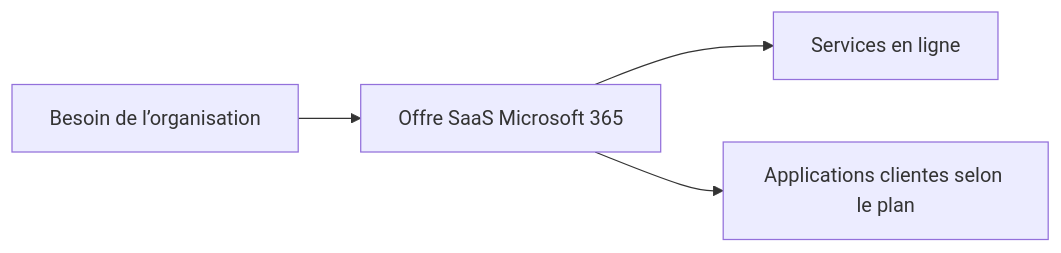
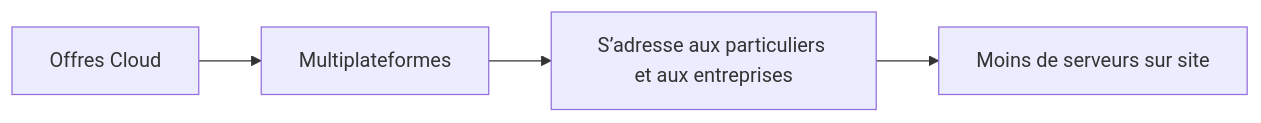
Before and after one commit to sk34pk25/tssr-cours: the second of 4 diagrams in docs/modules/03-microsoft-365-outils-collaboratifs/module-01-decouverte-de-microsoft-365.md, drawn with Mermaid. The commit also changed other lines of this file and 4 other files, not shown here.

````diff
--- a/docs/modules/03-microsoft-365-outils-collaboratifs/module-01-decouverte-de-microsoft-365.md
+++ b/docs/modules/03-microsoft-365-outils-collaboratifs/module-01-decouverte-de-microsoft-365.md
@@ -26,6 +77,10 @@
 ```mermaid
 flowchart LR
-    A["Besoin de l’organisation"] --> B["Offre SaaS Microsoft 365"]
-    B --> C["Services en ligne"]
-    B --> D["Applications clientes selon le plan"]
+    N1["Offres Cloud"]
+    N2["Multiplateformes"]
+    N3["S’adresse aux particuliers et aux entreprises"]
+    N4["Moins de serveurs sur site"]
+    N1 --> N2
+    N2 --> N3
+    N3 --> N4
 ```
````
